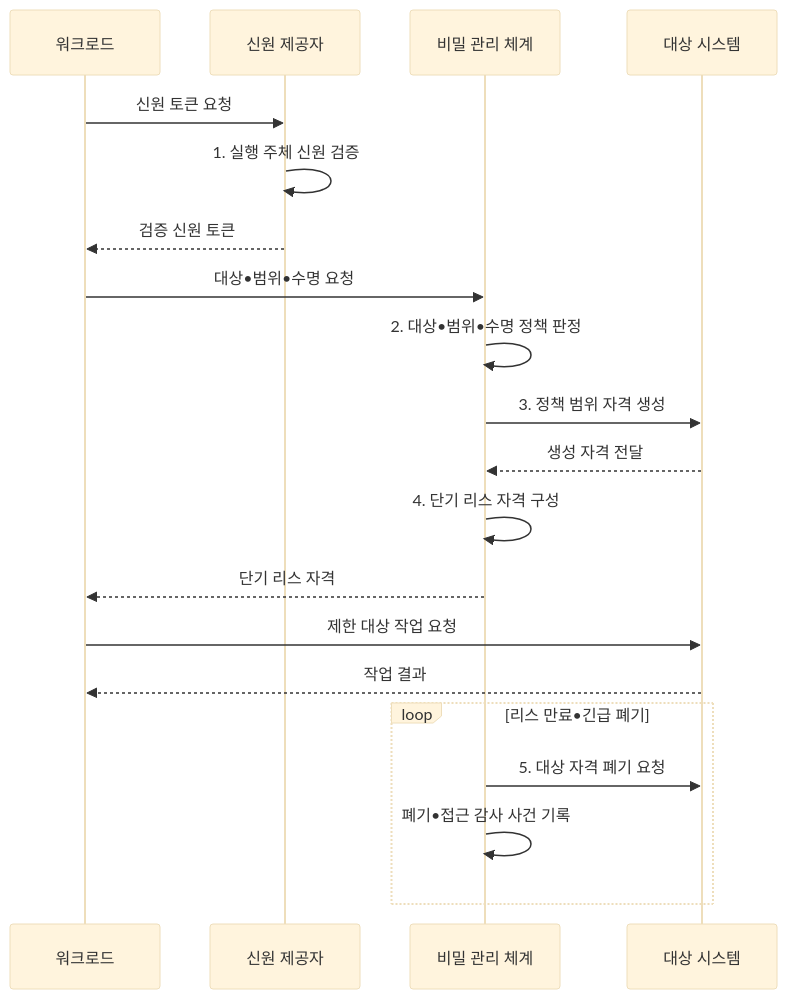
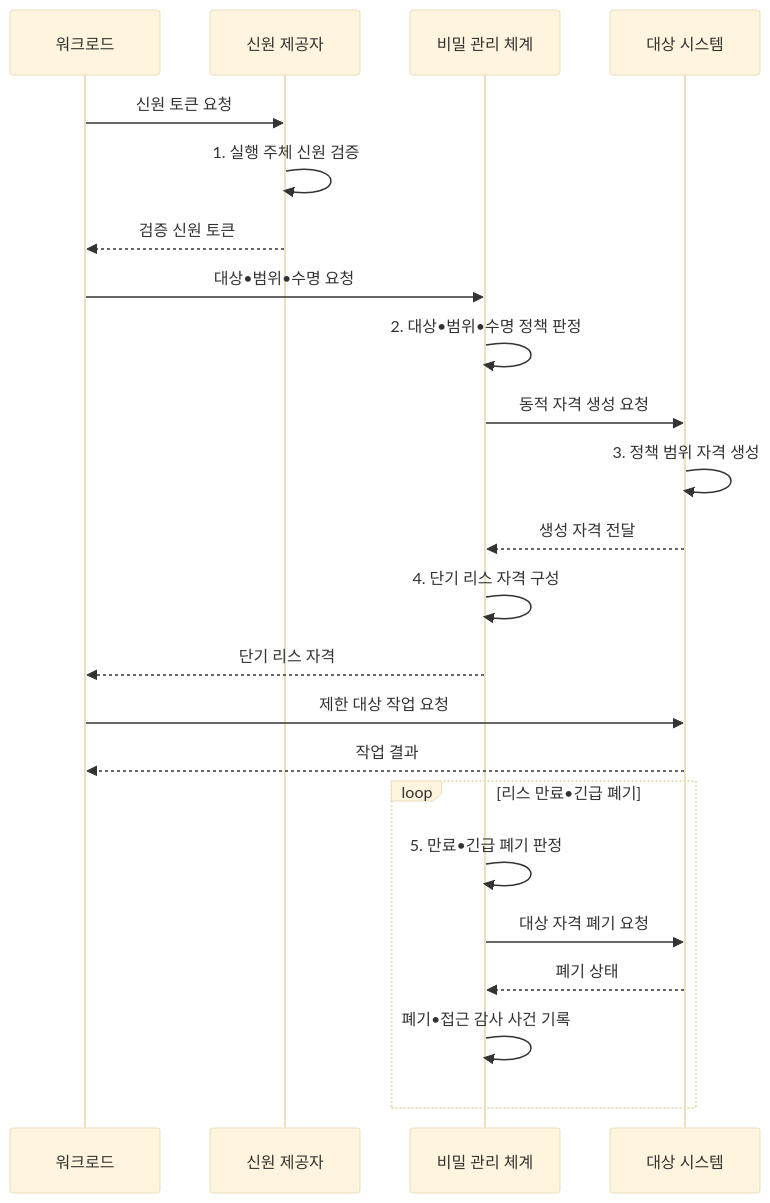
One commit to agnusdei1207/knowledge-base changed the second of 2 diagrams in src/content/docs/notes/05-security/077_secrets_management_vault_aws_secrets.md. Above: the diagram before and after it, drawn with Mermaid (base theme). The commit also changed other lines of this file and 20 other files, not shown here.

````diff
--- a/src/content/docs/notes/05-security/077_secrets_management_vault_aws_secrets.md
+++ b/src/content/docs/notes/05-security/077_secrets_management_vault_aws_secrets.md
@@ -108,22 +108,25 @@
 ```mermaid
 sequenceDiagram
     participant W as 워크로드
     participant I as 신원 제공자
     participant S as 비밀 관리 체계
     participant T as 대상 시스템
     W->>I: 신원 토큰 요청
     I->>I: 1. 실행 주체 신원 검증
     I-->>W: 검증 신원 토큰
     W->>S: 대상•범위•수명 요청
     S->>S: 2. 대상•범위•수명 정책 판정
-    S->>T: 3. 정책 범위 자격 생성
+    S->>T: 동적 자격 생성 요청
+    T->>T: 3. 정책 범위 자격 생성
     T-->>S: 생성 자격 전달
     S->>S: 4. 단기 리스 자격 구성
     S-->>W: 단기 리스 자격
     W->>T: 제한 대상 작업 요청
     T-->>W: 작업 결과
     loop 리스 만료•긴급 폐기
-        S->>T: 5. 대상 자격 폐기 요청
+        S->>S: 5. 만료•긴급 폐기 판정
+        S->>T: 대상 자격 폐기 요청
+        T-->>S: 폐기 상태
         S->>S: 폐기•접근 감사 사건 기록
     end
 ```
````
